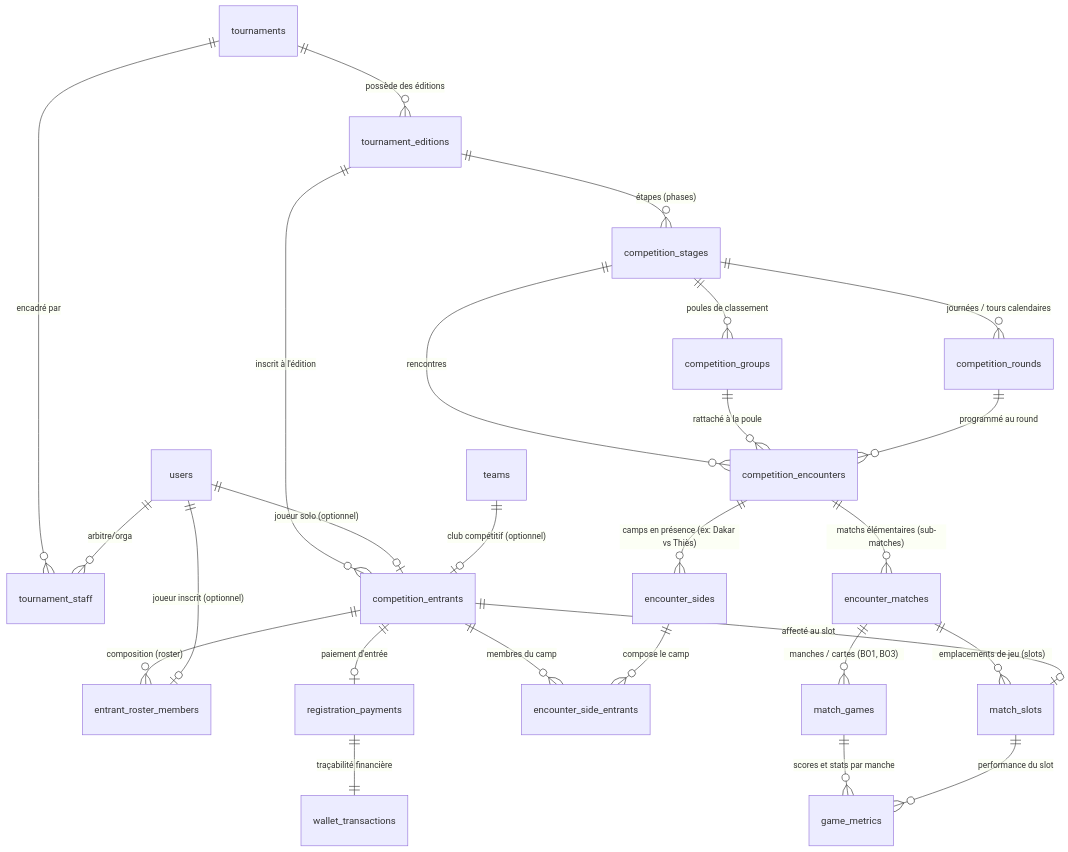
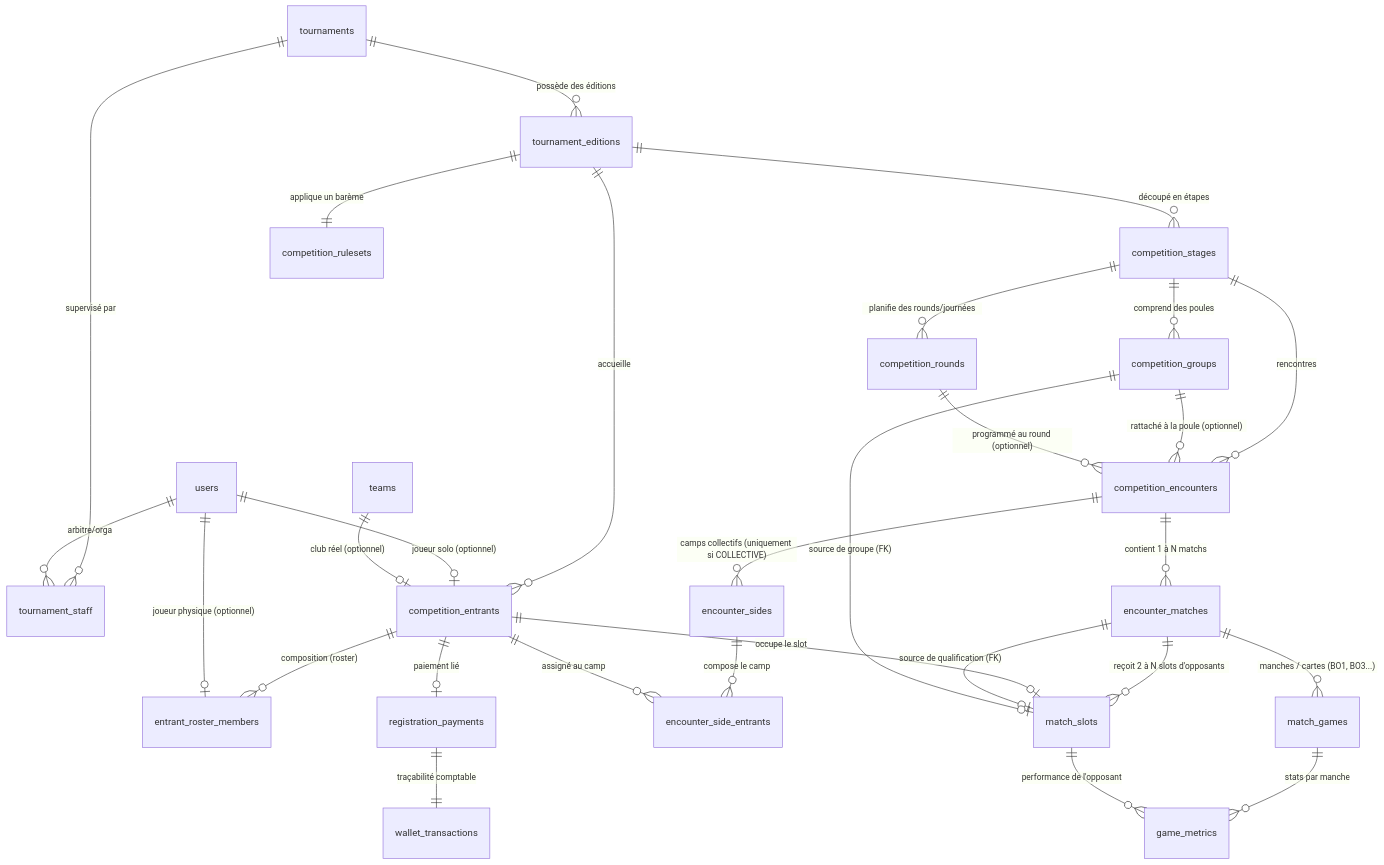
The diagram in docs/audit-competition/05-PROPOSED-TARGET-ARCHITECTURE.md (AbdoulRachid-Mz/games-trafic), drawn with Mermaid before and after one commit. The commit also changed other lines of this file and 4 other files, not shown here.

Commit message:
docs(audit): finalize comprehensive architecture validation with full relations, rule engine and purge matrix

````diff
--- a/docs/audit-competition/05-PROPOSED-TARGET-ARCHITECTURE.md
+++ b/docs/audit-competition/05-PROPOSED-TARGET-ARCHITECTURE.md
@@ -43,36 +21,41 @@
 ```mermaid
 erDiagram
-    tournaments ||--o{ tournament_staff : "encadré par"
+    tournaments ||--o{ tournament_editions : "possède des éditions"
+    tournaments ||--o{ tournament_staff : "supervisé par"
     users ||--o{ tournament_staff : "arbitre/orga"
 
-    tournaments ||--o{ tournament_editions : "possède des éditions"
-    tournament_editions ||--o{ competition_entrants : "inscrit à l'édition"
+    tournament_editions ||--o{ competition_entrants : "accueille"
     users ||--o| competition_entrants : "joueur solo (optionnel)"
-    teams ||--o| competition_entrants : "club compétitif (optionnel)"
+    teams ||--o| competition_entrants : "club réel (optionnel)"
 
     competition_entrants ||--o{ entrant_roster_members : "composition (roster)"
-    users ||--o| entrant_roster_members : "joueur inscrit (optionnel)"
+    users ||--o| entrant_roster_members : "joueur physique (optionnel)"
 
-    competition_entrants ||--o| registration_payments : "paiement d'entrée"
-    registration_payments ||--|| wallet_transactions : "traçabilité financière"
+    competition_entrants ||--o| registration_payments : "paiement lié"
+    registration_payments ||--|| wallet_transactions : "traçabilité comptable"
 
-    tournament_editions ||--o{ competition_stages : "étapes (phases)"
-    competition_stages ||--o{ competition_groups : "poules de classement"
-    competition_stages ||--o{ competition_rounds : "journées / tours calendaires"
+    tournament_editions ||--o{ competition_stages : "découpé en étapes"
+    competition_stages ||--o{ competition_groups : "comprend des poules"
+    competition_stages ||--o{ competition_rounds : "planifie des rounds/journées"
+
+    tournament_editions ||--|| competition_rulesets : "applique un barème"
 
     competition_stages ||--o{ competition_encounters : "rencontres"
-    competition_groups ||--o{ competition_encounters : "rattaché à la poule"
-    competition_rounds ||--o{ competition_encounters : "programmé au round"
+    competition_groups ||--o{ competition_encounters : "rattaché à la poule (optionnel)"
+    competition_rounds ||--o{ competition_encounters : "programmé au round (optionnel)"
 
-    competition_encounters ||--o{ encounter_sides : "camps en présence (ex: Dakar vs Thiès)"
-    competition_entrants ||--o{ encounter_side_entrants : "membres du camp"
+    competition_encounters ||--o{ encounter_sides : "camps collectifs (uniquement si COLLECTIVE)"
     encounter_sides ||--o{ encounter_side_entrants : "compose le camp"
+    competition_entrants ||--o{ encounter_side_entrants : "assigné au camp"
 
-    competition_encounters ||--o{ encounter_matches : "matchs élémentaires (sub-matches)"
-    encounter_matches ||--o{ match_slots : "emplacements de jeu (slots)"
-    competition_entrants ||--o| match_slots : "affecté au slot"
+    competition_encounters ||--o{ encounter_matches : "contient 1 à N matchs"
+    
+    encounter_matches ||--o{ match_slots : "reçoit 2 à N slots d'opposants"
+    competition_entrants ||--o| match_slots : "occupe le slot"
+    encounter_matches ||--o| match_slots : "source de qualification (FK)"
+    competition_groups ||--o| match_slots : "source de groupe (FK)"
 
-    encounter_matches ||--o{ match_games : "manches / cartes (BO1, BO3)"
-    match_games ||--o{ game_metrics : "scores et stats par manche"
-    match_slots ||--o{ game_metrics : "performance du slot"
+    encounter_matches ||--o{ match_games : "manches / cartes (BO1, BO3...)"
+    match_games ||--o{ game_metrics : "stats par manche"
+    match_slots ||--o{ game_metrics : "performance de l'opposant"
 ```
````
